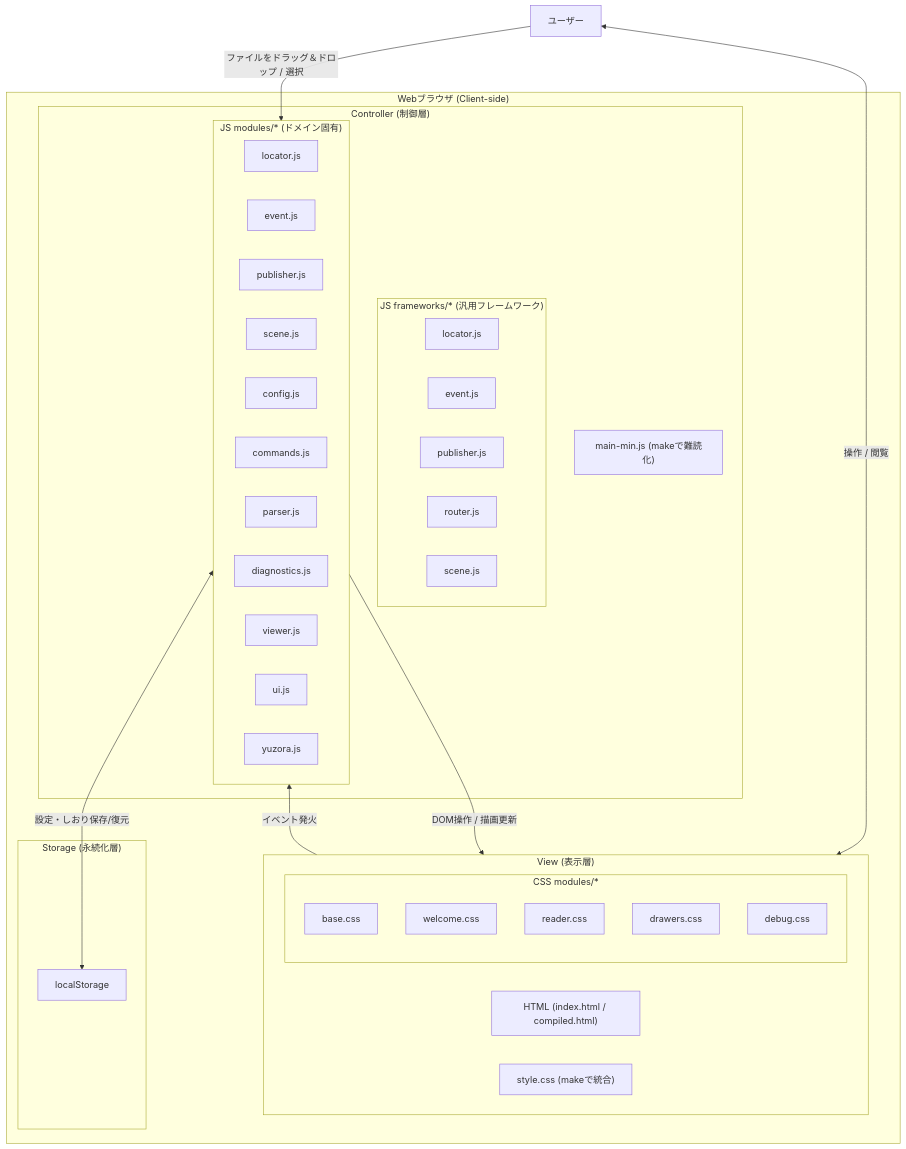
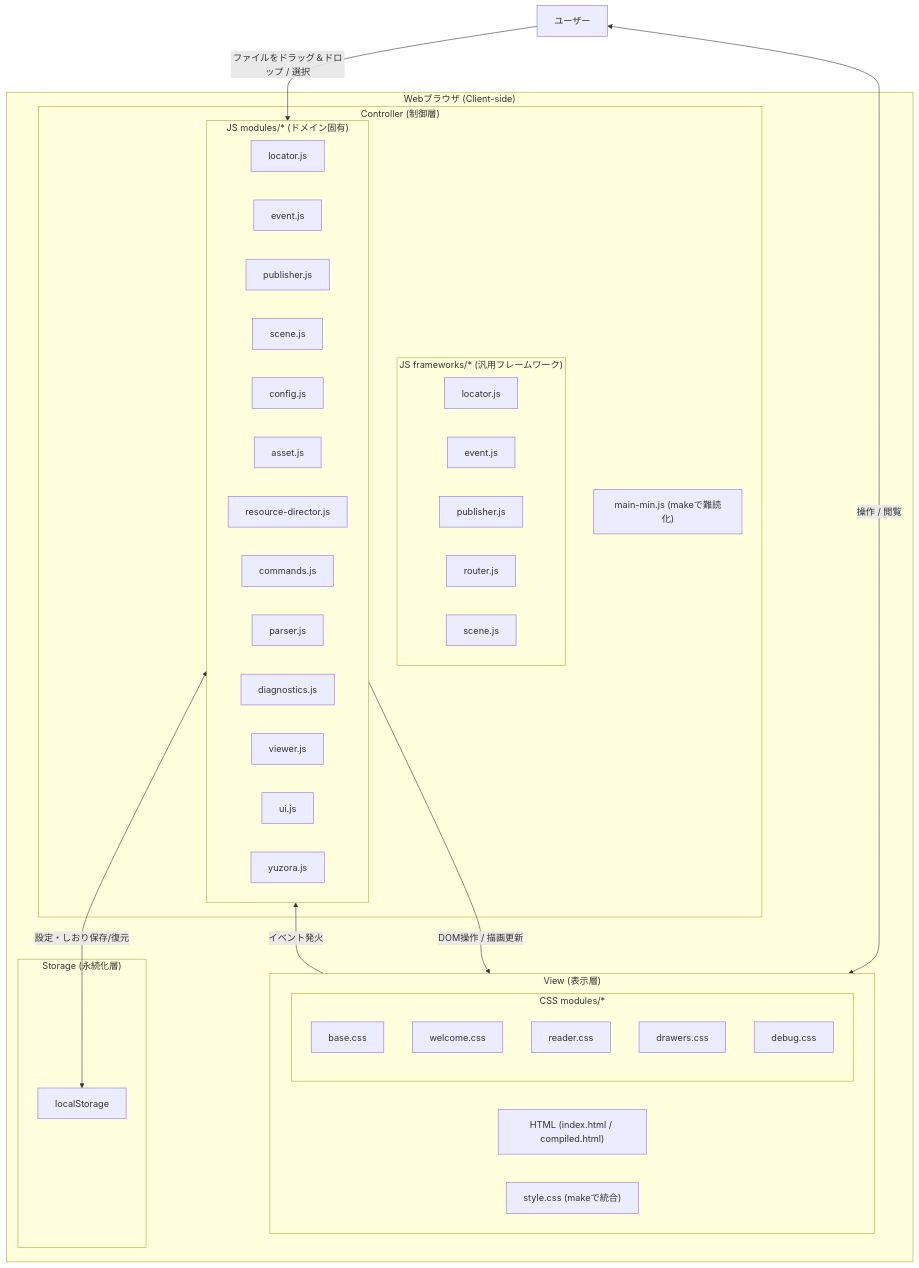
Before and after one commit to rokujyouhitoma/yuzora: the first of 4 diagrams in docs/DSN-01-high_level_design.md, drawn with Mermaid. The commit also changed other lines of this file and 17 other files, not shown here.

First line of the commit message:
feat(resource): introduce Asset and ResourceDirector for resource lifecycle abstraction (ID: 040)

````diff
--- a/docs/DSN-01-high_level_design.md
+++ b/docs/DSN-01-high_level_design.md
@@ -13,50 +13,52 @@
 ```mermaid
 graph TD
     subgraph Browser["Webブラウザ (Client-side)"]
         subgraph View["View (表示層)"]
             HTML["HTML (index.html / compiled.html)"]
             subgraph CSSModules["CSS modules/*"]
                 CSS_Base["base.css"]
                 CSS_Welcome["welcome.css"]
                 CSS_Reader["reader.css"]
                 CSS_Drawers["drawers.css"]
                 CSS_Debug["debug.css"]
             end
             CSS_Bundle["style.css (makeで統合)"]
         end
         
         subgraph Controller["Controller (制御層)"]
             subgraph JSFrameworks["JS frameworks/* (汎用フレームワーク)"]
                 JS_F_Locator["locator.js"]
                 JS_F_Event["event.js"]
                 JS_F_Publisher["publisher.js"]
                 JS_F_Router["router.js"]
                 JS_F_Scene["scene.js"]
             end
             subgraph JSModules["JS modules/* (ドメイン固有)"]
                 JS_Locator["locator.js"]
                 JS_Event["event.js"]
                 JS_Publisher["publisher.js"]
                 JS_Scene["scene.js"]
                 JS_Config["config.js"]
+                JS_Asset["asset.js"]
+                JS_Resource["resource-director.js"]
                 JS_Cmds["commands.js"]
                 JS_Parser["parser.js"]
                 JS_Diag["diagnostics.js"]
                 JS_Viewer["viewer.js"]
                 JS_UI["ui.js"]
                 JS_Yuzora["yuzora.js"]
             end
             JS_Bundle["main-min.js (makeで難読化)"]
         end
         
         subgraph Storage["Storage (永続化層)"]
             LocalStorage["localStorage"]
         end
     end
     
     User["ユーザー"] <-->|"操作 / 閲覧"| View
     View -->|"イベント発火"| JSModules
     JSModules -->|"DOM操作 / 描画更新"| View
     JSModules <-->|"設定・しおり保存/復元"| LocalStorage
     User -->|"ファイルをドラッグ＆ドロップ / 選択"| JSModules
 ```
````
